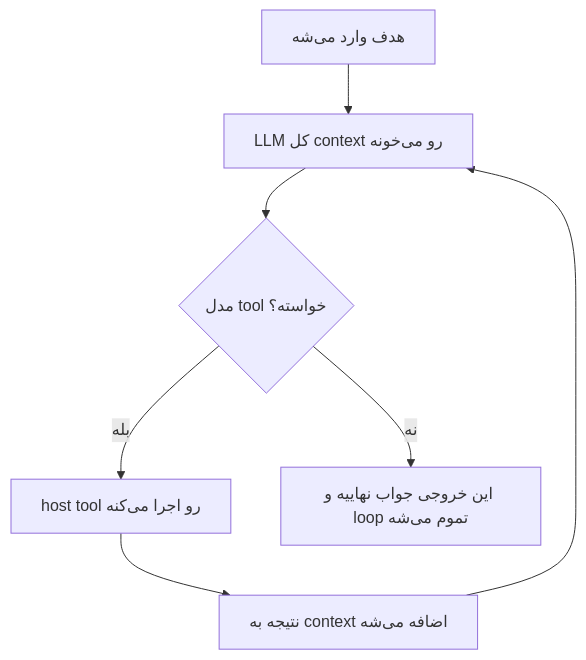
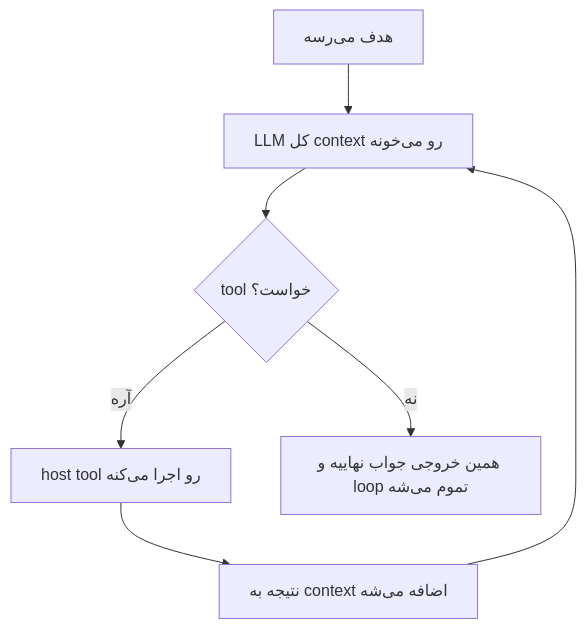
One commit to lokumai/ai-engineering-bazaar changed the first of 2 diagrams in mini-courses/1_fundamentals/agents_fa.md. Above: the diagram before and after it, drawn with Mermaid. The commit also changed other lines of this file and 82 other files, not shown here.

````diff
--- a/mini-courses/1_fundamentals/agents_fa.md
+++ b/mini-courses/1_fundamentals/agents_fa.md
@@ -33,9 +33,9 @@
 ```mermaid
 graph TD
-    A["هدف وارد می‌شه"] --> B["LLM کل context رو می‌خونه"]
-    B --> C{"مدل tool خواسته؟"}
-    C -->|بله| D["host tool رو اجرا می‌کنه"]
+    A["هدف می‌رسه"] --> B["LLM کل context رو می‌خونه"]
+    B --> C{"tool خواست؟"}
+    C -->|آره| D["host tool رو اجرا می‌کنه"]
     D --> E["نتیجه به context اضافه می‌شه"]
     E --> B
-    C -->|نه| F["این خروجی جواب نهاییه و loop تموم می‌شه"]
+    C -->|نه| F["همین خروجی جواب نهاییه و loop تموم می‌شه"]
 ```
````
